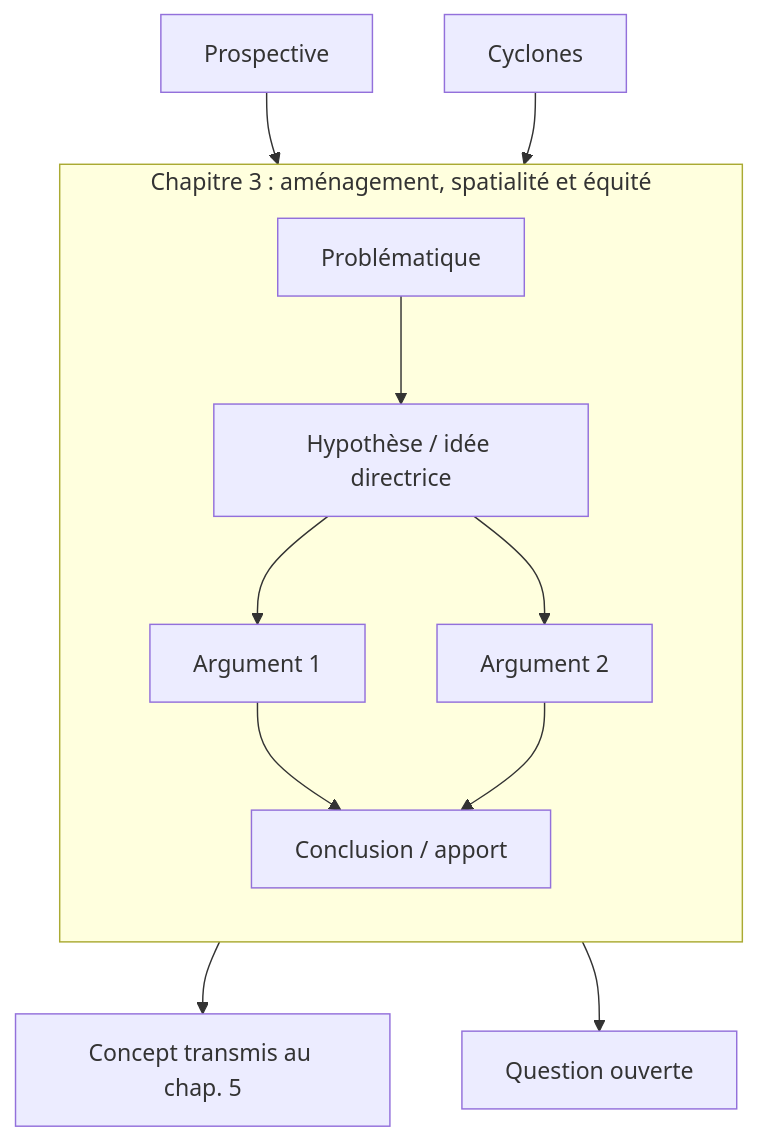
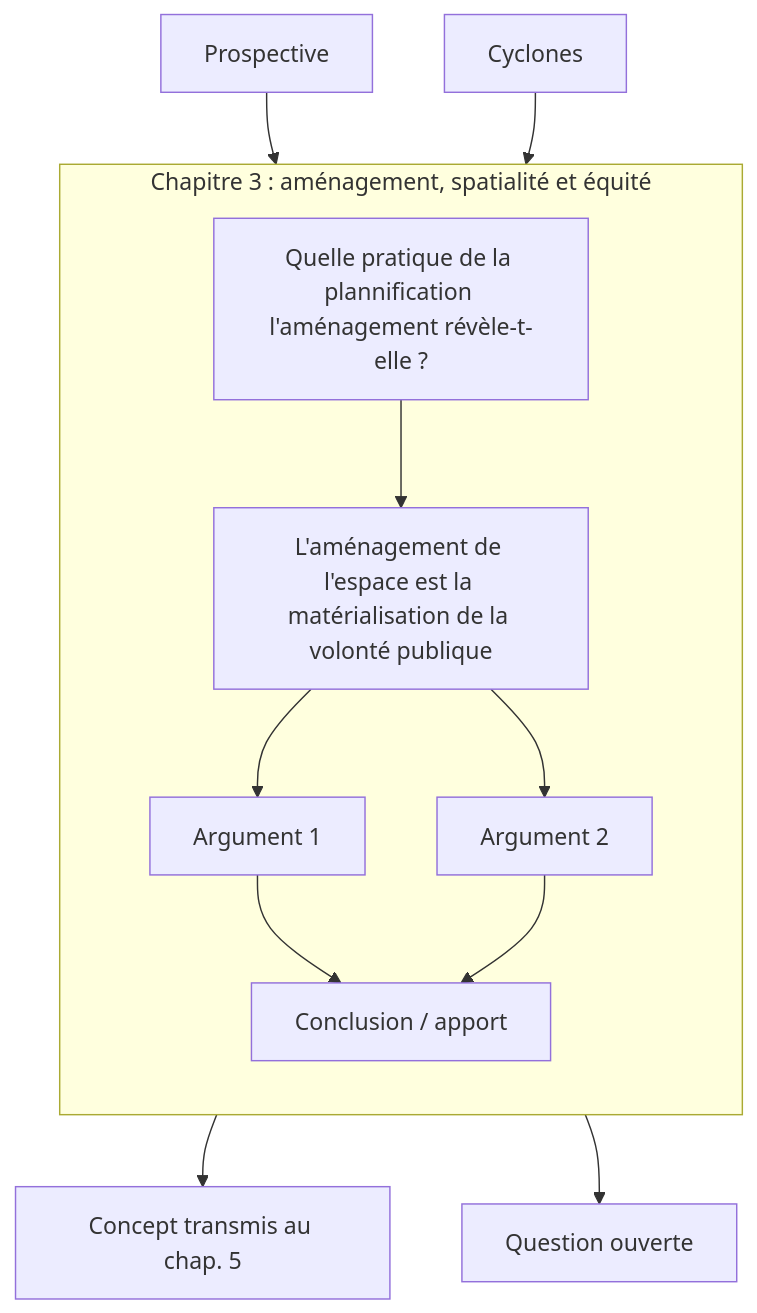
Before and after one commit to ggenelot/these: the diagram in docs/3_contexte/amenagement.md, drawn with Mermaid.

Commit message:
redaction(esquisse): changement problématique diagramme

````diff
--- a/docs/3_contexte/amenagement.md
+++ b/docs/3_contexte/amenagement.md
@@ -38,32 +38,32 @@
 ```mermaid
 flowchart TD
 
 I1["Prospective"]:::input
 I2["Cyclones"]:::input
 
 subgraph CH["Chapitre 3 : aménagement, spatialité et équité"]
     direction TB
-    P["Problématique"]:::core
-    H["Hypothèse / idée directrice"]:::core
+    P["Quelle pratique de la plannification l'aménagement révèle-t-elle ?"]:::core
+    H["L'aménagement de l'espace est la matérialisation de la volonté publique"]:::core
     A1["Argument 1"]:::core
     A2["Argument 2"]:::core
     C["Conclusion / apport"]:::core
 
     P --> H
     H --> A1
     H --> A2
     A1 --> C
     A2 --> C
 end
 
 O1["Concept transmis au chap. 5"]:::output
 O2["Question ouverte"]:::weak
 
 I1 --> P
 I2 --> H
 C --> O1
 C --> O2
 
 
 
 ```
````
